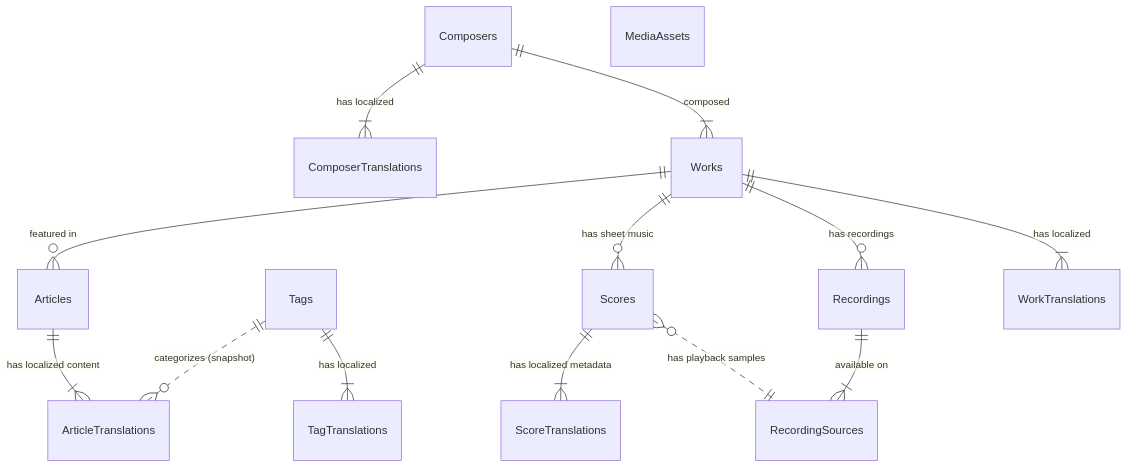
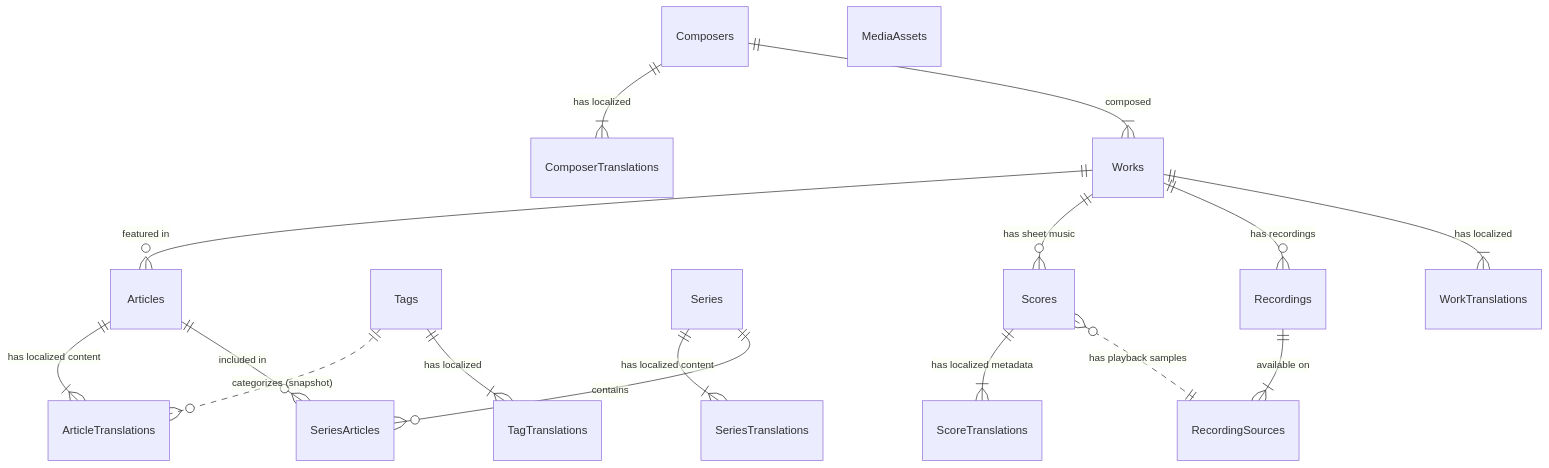
The first of 2 diagrams in docs/05_design/database-schema.md (preludio-lab/preludio-lab), drawn with Mermaid before and after one commit. The commit also changed other lines of this file, not shown here.

````diff
--- a/docs/05_design/database-schema.md
+++ b/docs/05_design/database-schema.md
@@ -54,21 +54,26 @@
 ```mermaid
 erDiagram
     %% Core Tables: Articles
     Works ||--o{ Articles : "featured in"
     Articles ||--|{ ArticleTranslations : "has localized content"
     Tags ||..o{ ArticleTranslations : "categorizes (snapshot)"
+
+    %% Series Tables
+    Series ||--|{ SeriesTranslations : "has localized content"
+    Series ||--o{ SeriesArticles : "contains"
+    Articles ||--o{ SeriesArticles : "included in"
 
     %% Asset Tables: Scores & Recordings
     Works ||--o{ Scores : "has sheet music"
     Scores ||--|{ ScoreTranslations : "has localized metadata"
     Scores }o..|| RecordingSources : "has playback samples"
     Works ||--o{ Recordings : "has recordings"
     Recordings ||--|{ RecordingSources : "available on"
 
     %% Master Tables: Composers & Works
     Composers ||--|{ ComposerTranslations : "has localized"
     Composers ||--|{ Works : "composed"
     Works ||--|{ WorkTranslations : "has localized"
     Tags ||--|{ TagTranslations : "has localized"
     MediaAssets
 ```
````
